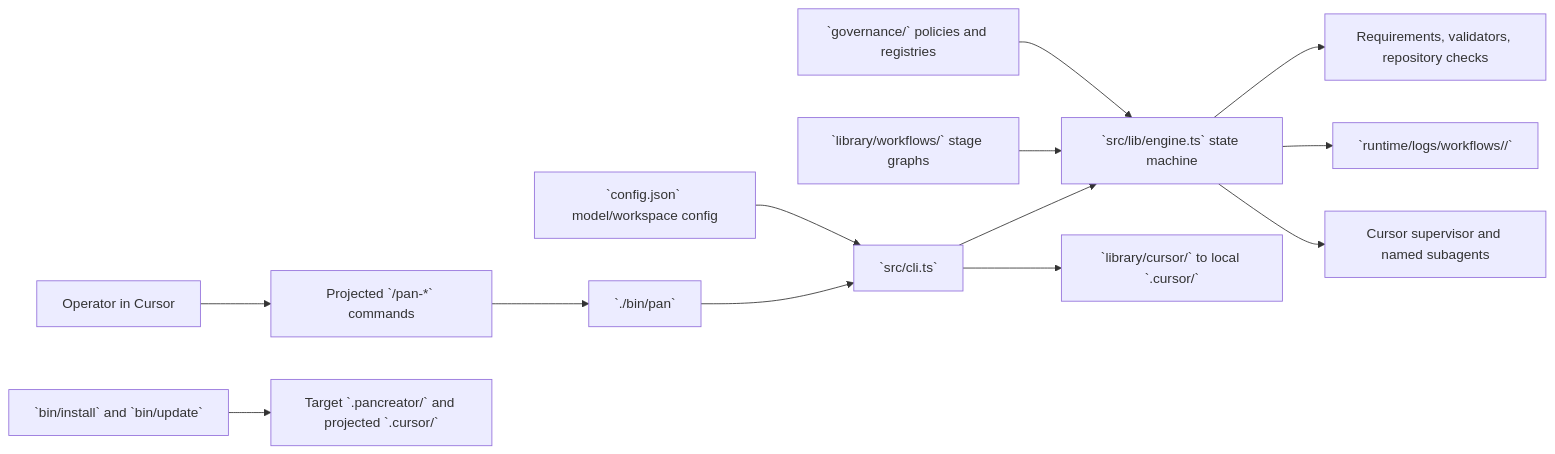
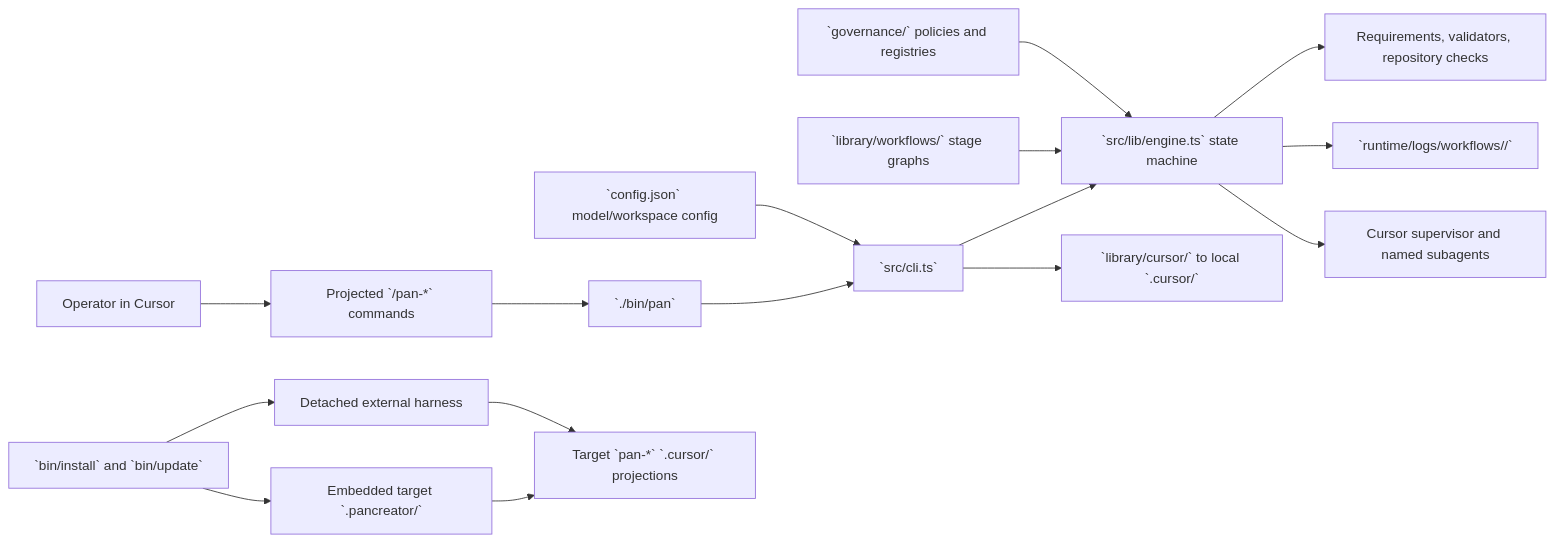
Before and after one commit to alenlukic/pancreator: the diagram in docs/target-repo-primer.md, drawn with Mermaid. The commit also changed other lines of this file, not shown here.

Commit message:
update target repo primer

````diff
--- a/docs/target-repo-primer.md
+++ b/docs/target-repo-primer.md
@@ -50,15 +51,18 @@
 ```mermaid
 flowchart LR
   Operator[Operator in Cursor] --> Commands[Projected `/pan-*` commands]
   Commands --> Pan[`./bin/pan`]
   Pan --> CLI[`src/cli.ts`]
   CLI --> Engine[`src/lib/engine.ts` state machine]
   Project[`config.json` model/workspace config] --> CLI
   Workflows[`library/workflows/` stage graphs] --> Engine
   Governance[`governance/` policies and registries] --> Engine
   Engine --> Validation[Requirements, validators, repository checks]
   Engine --> Runtime[`runtime/logs/workflows/<run-id>/`]
   Engine --> Workers[Cursor supervisor and named subagents]
   CLI --> Projection[`library/cursor/` to local `.cursor/`]
-  Installer[`bin/install` and `bin/update`] --> Embedded[Target `.pancreator/` and projected `.cursor/`]
+  Installer[`bin/install` and `bin/update`] --> Embedded[Embedded target `.pancreator/`]
+  Installer --> Detached[Detached external harness]
+  Embedded --> TargetCursor[Target `pan-*` `.cursor/` projections]
+  Detached --> TargetCursor
 ```
````
